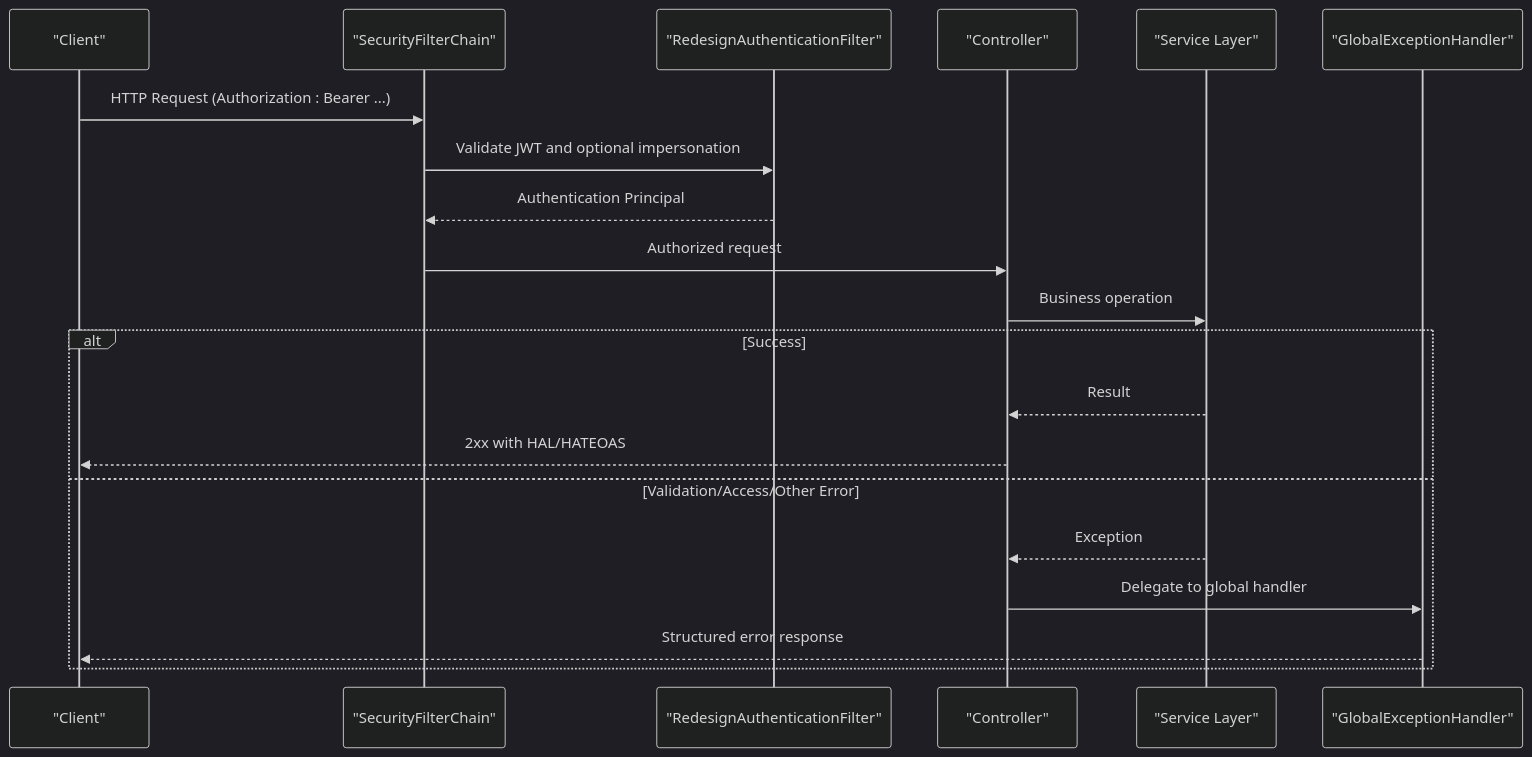
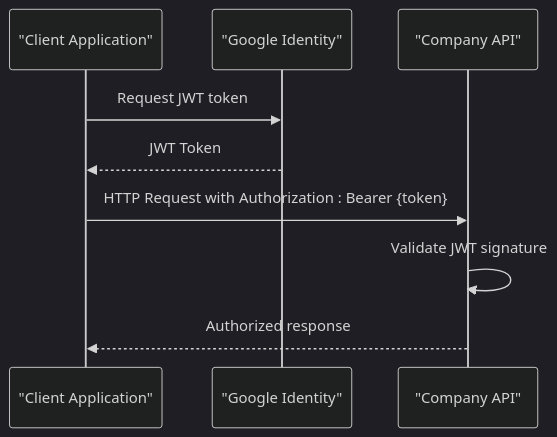
Before and after one commit to effinrich/rh-nx-monorepo: the diagram in .qoder/repowiki/en/content/API Reference.md, drawn with Mermaid (dark theme). The commit also changed other lines of this file and 130 other files, not shown here.

````diff
--- a/.qoder/repowiki/en/content/API Reference.md
+++ b/.qoder/repowiki/en/content/API Reference.md
@@ -90,22 +51,11 @@
 ```mermaid
 sequenceDiagram
-participant Client as "Client"
-participant Sec as "SecurityFilterChain"
-participant Auth as "RedesignAuthenticationFilter"
-participant Ctrl as "Controller"
-participant Svc as "Service Layer"
-participant Ex as "GlobalExceptionHandler"
-Client->>Sec : HTTP Request (Authorization : Bearer ...)
-Sec->>Auth : Validate JWT and optional impersonation
-Auth-->>Sec : Authentication Principal
-Sec->>Ctrl : Authorized request
-Ctrl->>Svc : Business operation
-alt Success
-Svc-->>Ctrl : Result
-Ctrl-->>Client : 2xx with HAL/HATEOAS
-else Validation/Access/Other Error
-Svc-->>Ctrl : Exception
-Ctrl->>Ex : Delegate to global handler
-Ex-->>Client : Structured error response
-end
+participant Client as "Client Application"
+participant Google as "Google Identity"
+participant API as "Company API"
+Client->>Google : Request JWT token
+Google-->>Client : JWT Token
+Client->>API : HTTP Request with Authorization : Bearer {token}
+API->>API : Validate JWT signature
+API-->>Client : Authorized response
 ```
````
